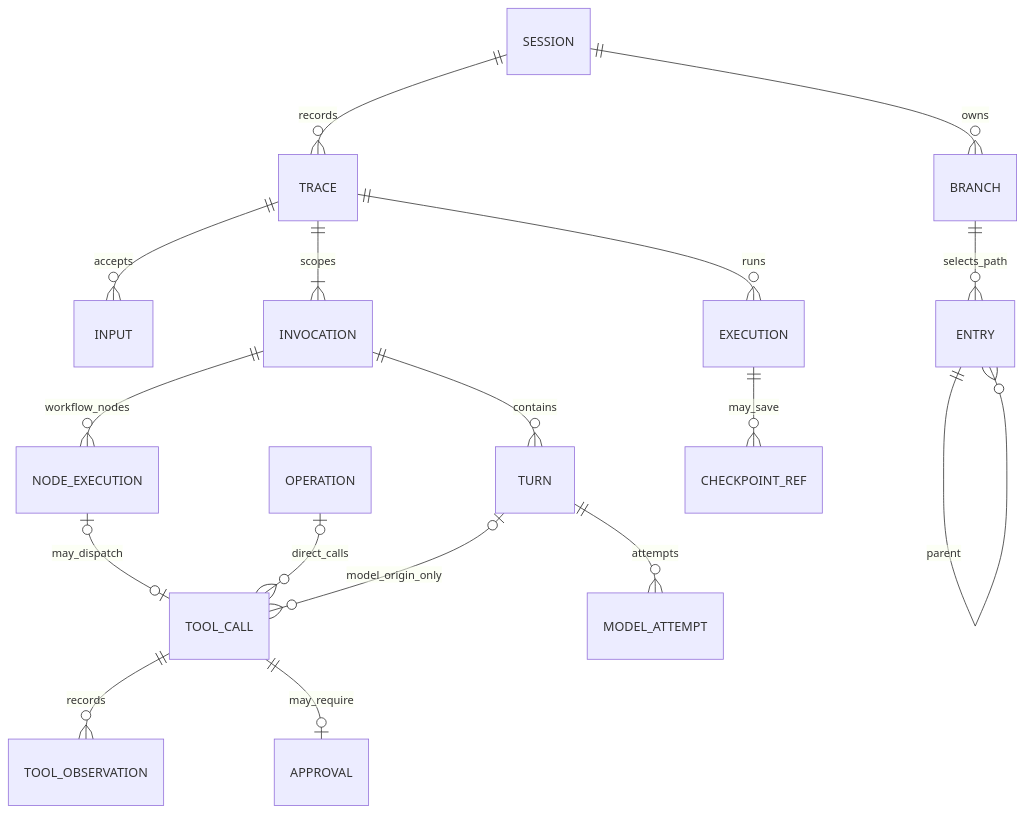
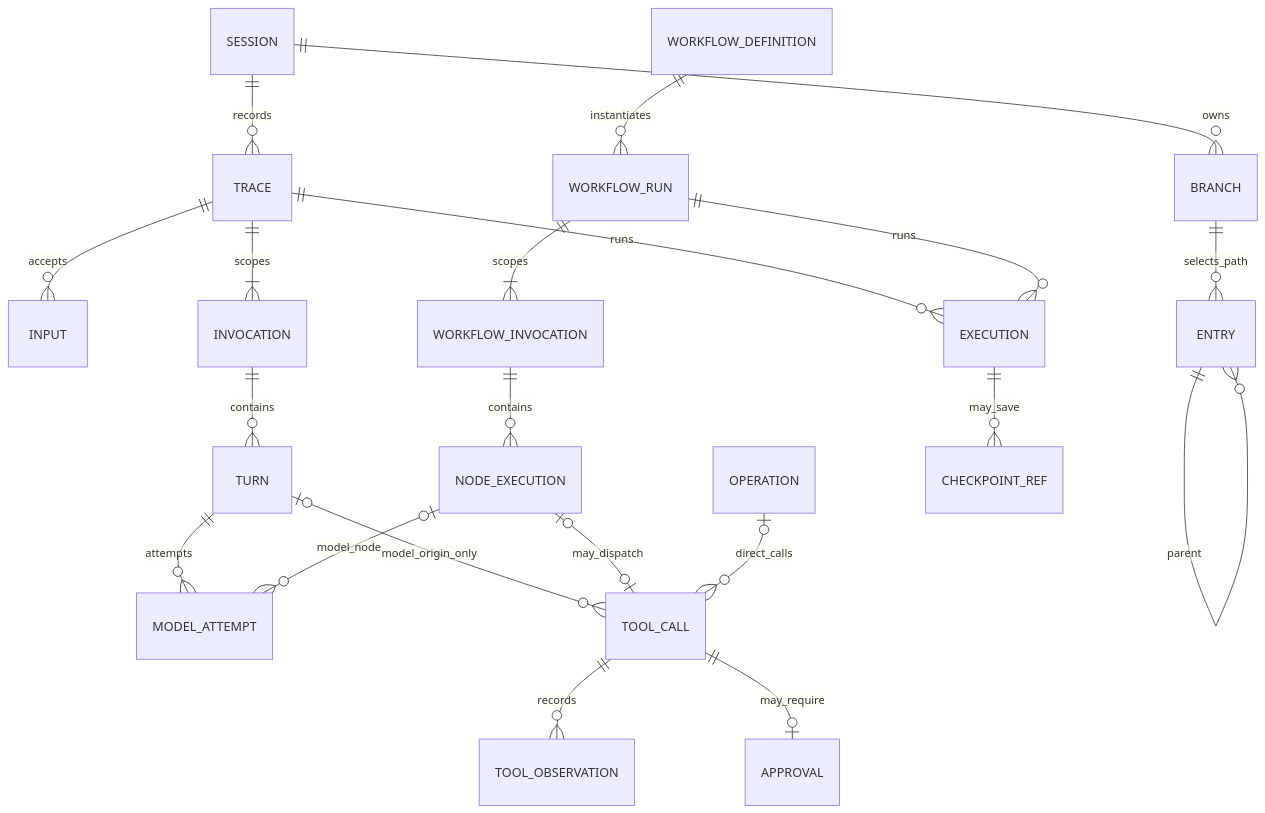
The first of 2 diagrams in docs/pi-eino-dev-plan/02-contracts-and-messages.md (ww1489/seasprak), drawn with Mermaid before and after one commit. The commit also changed other lines of this file and 904 other files, not shown here.

````diff
--- a/docs/pi-eino-dev-plan/02-contracts-and-messages.md
+++ b/docs/pi-eino-dev-plan/02-contracts-and-messages.md
@@ -30,19 +31,23 @@
 ```mermaid
 erDiagram
     SESSION ||--o{ BRANCH : owns
     SESSION ||--o{ TRACE : records
     TRACE ||--o{ INPUT : accepts
     TRACE ||--|{ INVOCATION : scopes
     INVOCATION ||--o{ TURN : contains
-    INVOCATION ||--o{ NODE_EXECUTION : workflow_nodes
+    TURN ||--o{ MODEL_ATTEMPT : attempts
+    TURN o|--o{ TOOL_CALL : model_origin_only
+    BRANCH ||--o{ ENTRY : selects_path
+    ENTRY ||--o{ ENTRY : parent
+    WORKFLOW_DEFINITION ||--o{ WORKFLOW_RUN : instantiates
+    WORKFLOW_RUN ||--|{ WORKFLOW_INVOCATION : scopes
+    WORKFLOW_INVOCATION ||--o{ NODE_EXECUTION : contains
+    NODE_EXECUTION o|--o{ MODEL_ATTEMPT : model_node
     NODE_EXECUTION o|--o| TOOL_CALL : may_dispatch
     OPERATION o|--o{ TOOL_CALL : direct_calls
-    TURN ||--o{ MODEL_ATTEMPT : attempts
-    TURN o|--o{ TOOL_CALL : model_origin_only
     TOOL_CALL ||--o{ TOOL_OBSERVATION : records
     TOOL_CALL ||--o| APPROVAL : may_require
     TRACE ||--o{ EXECUTION : runs
+    WORKFLOW_RUN ||--o{ EXECUTION : runs
     EXECUTION ||--o{ CHECKPOINT_REF : may_save
-    BRANCH ||--o{ ENTRY : selects_path
-    ENTRY ||--o{ ENTRY : parent
 ```
````
